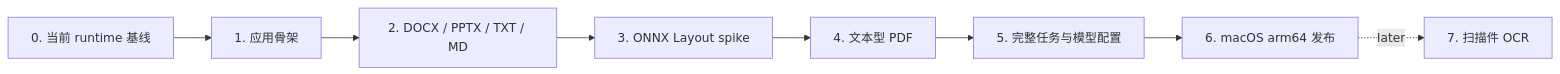
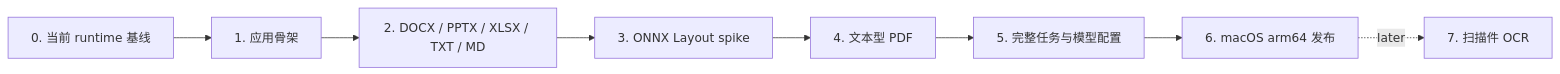
Before and after one commit to Atopoz/PageFerry: the diagram in docs/dev/roadmap.md, drawn with Mermaid. The commit also changed other lines of this file and 4 other files, not shown here.

````diff
--- a/docs/dev/roadmap.md
+++ b/docs/dev/roadmap.md
@@ -7,10 +7,10 @@
 ```mermaid
 flowchart LR
     P0["0. 当前 runtime 基线"] --> P1["1. 应用骨架"]
-    P1 --> P2["2. DOCX / PPTX / TXT / MD"]
+    P1 --> P2["2. DOCX / PPTX / XLSX / TXT / MD"]
     P2 --> P3["3. ONNX Layout spike"]
     P3 --> P4["4. 文本型 PDF"]
     P4 --> P5["5. 完整任务与模型配置"]
     P5 --> P6["6. macOS arm64 发布"]
     P6 -. later .-> P7["7. 扫描件 OCR"]
 ```
````
